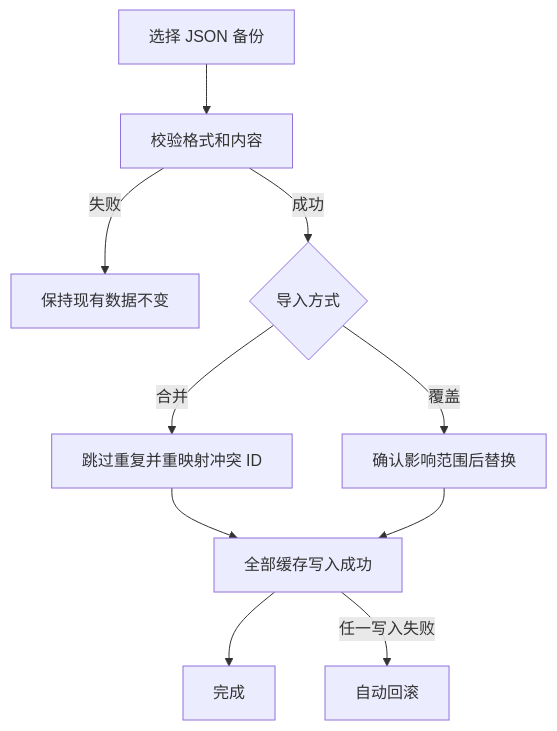
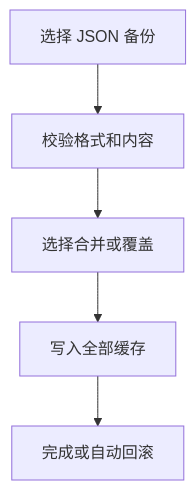
One commit to shihg7/wechat_mini_program changed the fourth of 4 diagrams in docs/USER_GUIDE.md. Above: the diagram before and after it, drawn with Mermaid. The commit also changed other lines of this file and 110 other files, not shown here.

````diff
--- a/docs/USER_GUIDE.md
+++ b/docs/USER_GUIDE.md
@@ -453,12 +665,12 @@
 ```mermaid
 flowchart TD
-    A[选择 JSON 备份] --> B[校验格式和内容]
-    B -->|失败| C[保持现有数据不变]
-    B -->|成功| D{导入方式}
-    D -->|合并| E[跳过重复并重映射冲突 ID]
-    D -->|覆盖| F[确认影响范围后替换]
-    E --> G[全部缓存写入成功]
-    F --> G
-    G --> H[完成]
-    G -->|任一写入失败| I[自动回滚]
+    A["选择 JSON 备份"]
+    B["校验格式和内容"]
+    C["选择合并或覆盖"]
+    D["写入全部缓存"]
+    E["完成或自动回滚"]
+    A --> B
+    B --> C
+    C --> D
+    D --> E
 ```
````
